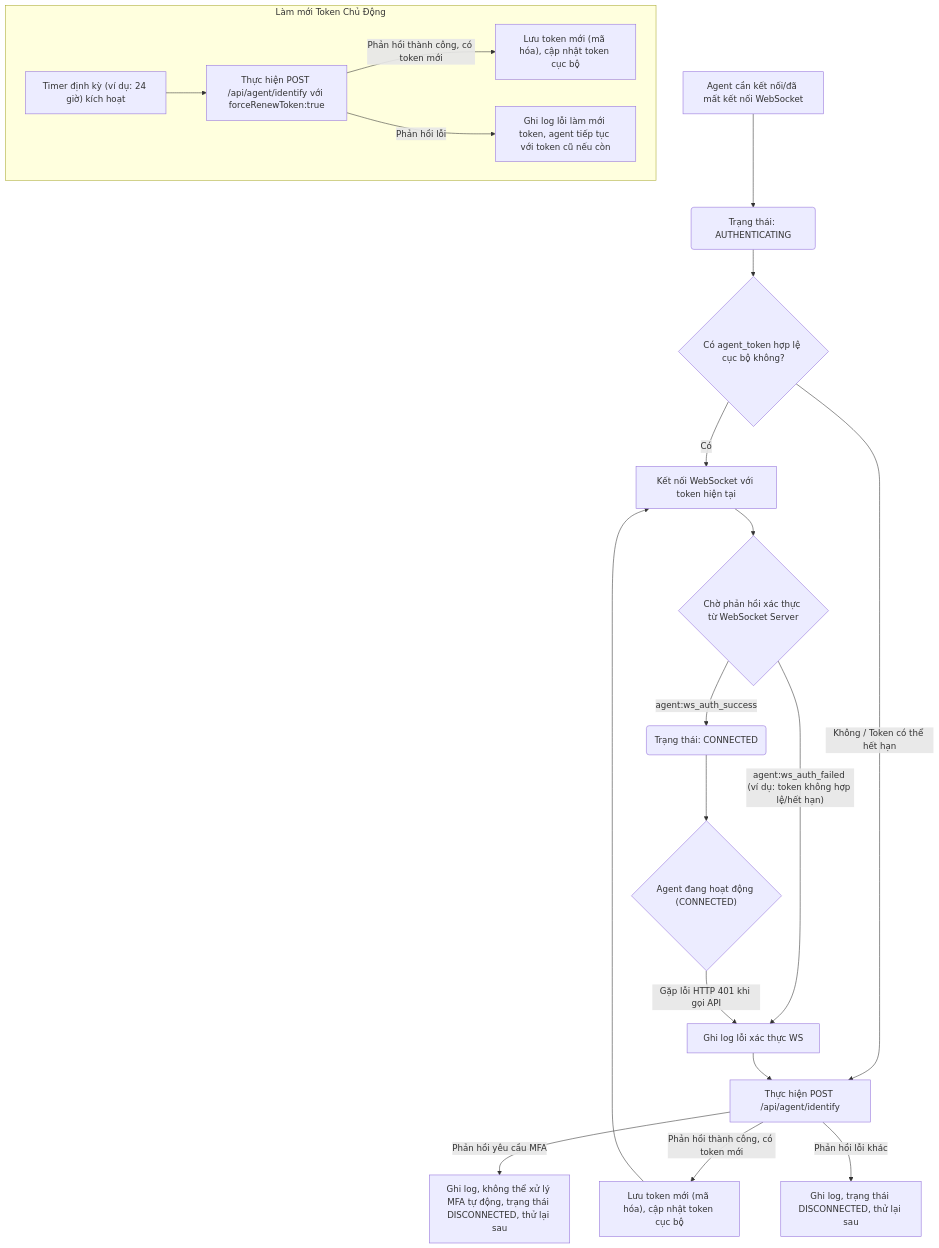
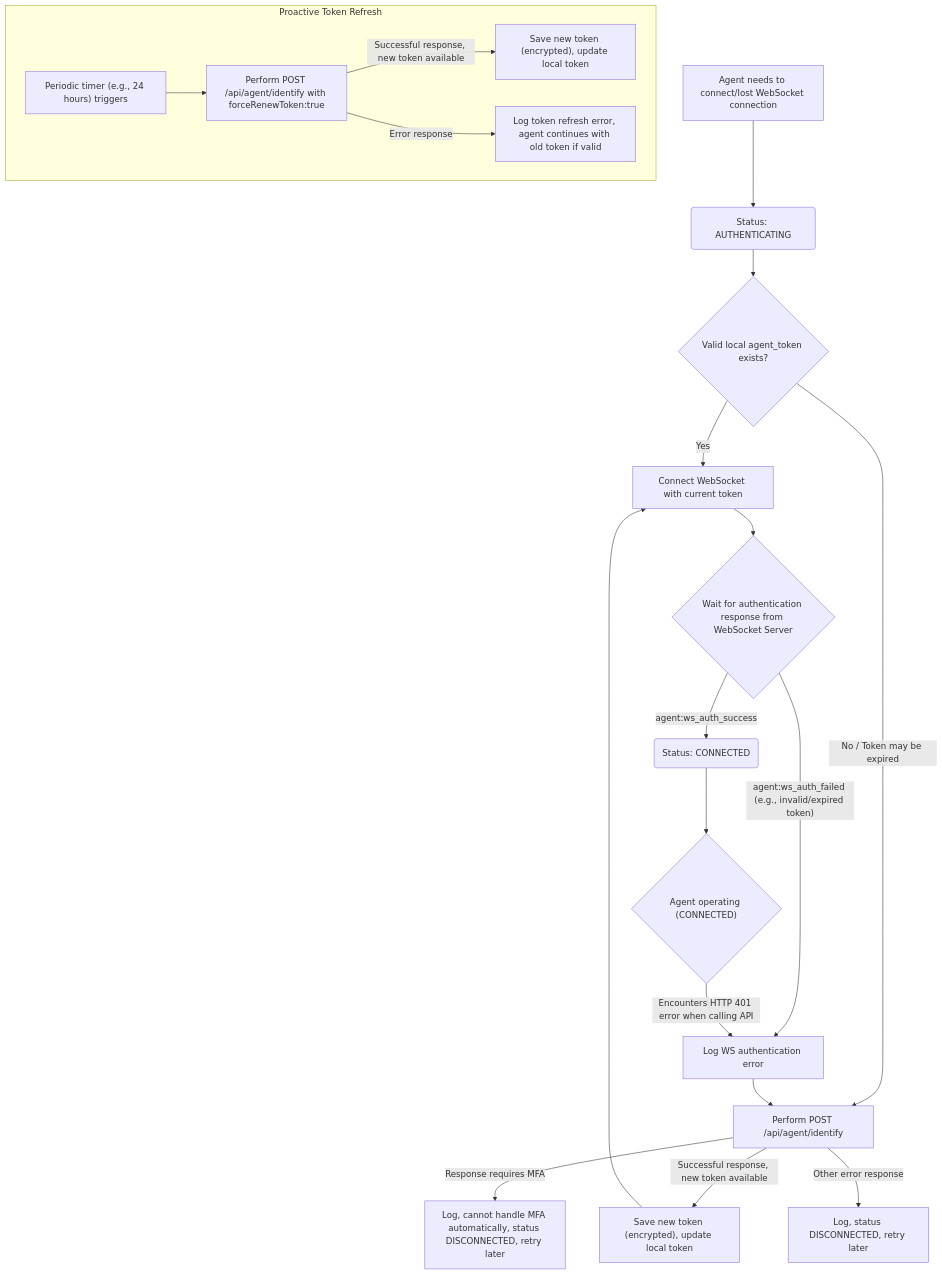
One commit to LoGGGG2402/computer-management-system changed the fifth of 5 diagrams in agent/docs/Flow.md. Above: the diagram before and after it, drawn with Mermaid. The commit also changed other lines of this file and 57 other files, not shown here.

````diff
--- a/agent/docs/Flow.md
+++ b/agent/docs/Flow.md
@@ -186,25 +186,25 @@
 ```mermaid
 graph TD
-    A["Agent cần kết nối/đã mất kết nối WebSocket"] --> B("Trạng thái: AUTHENTICATING");
-    B --> C{"Có agent_token hợp lệ cục bộ không?"};
-    C -- "Có" --> D["Kết nối WebSocket với token hiện tại"];
-    C -- "Không / Token có thể hết hạn" --> E["Thực hiện POST /api/agent/identify"];
-    E -- "Phản hồi thành công, có token mới" --> F["Lưu token mới (mã hóa), cập nhật token cục bộ"];
+    A["Agent needs to connect/lost WebSocket connection"] --> B("Status: AUTHENTICATING");
+    B --> C{"Valid local agent_token exists?"};
+    C -- "Yes" --> D["Connect WebSocket with current token"];
+    C -- "No / Token may be expired" --> E["Perform POST /api/agent/identify"];
+    E -- "Successful response, new token available" --> F["Save new token (encrypted), update local token"];
     F --> D;
-    E -- "Phản hồi yêu cầu MFA" --> FA["Ghi log, không thể xử lý MFA tự động, trạng thái DISCONNECTED, thử lại sau"];
-    E -- "Phản hồi lỗi khác" --> FB["Ghi log, trạng thái DISCONNECTED, thử lại sau"];
+    E -- "Response requires MFA" --> FA["Log, cannot handle MFA automatically, status DISCONNECTED, retry later"];
+    E -- "Other error response" --> FB["Log, status DISCONNECTED, retry later"];
 
-    D --> G{"Chờ phản hồi xác thực từ WebSocket Server"};
-    G -- "agent:ws_auth_success" --> H("Trạng thái: CONNECTED");
-    G -- "agent:ws_auth_failed (ví dụ: token không hợp lệ/hết hạn)" --> I["Ghi log lỗi xác thực WS"];
+    D --> G{"Wait for authentication response from WebSocket Server"};
+    G -- "agent:ws_auth_success" --> H("Status: CONNECTED");
+    G -- "agent:ws_auth_failed (e.g., invalid/expired token)" --> I["Log WS authentication error"];
     I --> E;
 
-    subgraph Làm mới Token Chủ Động
-        J["Timer định kỳ (ví dụ: 24 giờ) kích hoạt"] --> K["Thực hiện POST /api/agent/identify với forceRenewToken:true"];
-        K -- "Phản hồi thành công, có token mới" --> L["Lưu token mới (mã hóa), cập nhật token cục bộ"];
-        K -- "Phản hồi lỗi" --> M["Ghi log lỗi làm mới token, agent tiếp tục với token cũ nếu còn"];
+    subgraph Proactive Token Refresh
+        J["Periodic timer (e.g., 24 hours) triggers"] --> K["Perform POST /api/agent/identify with forceRenewToken:true"];
+        K -- "Successful response, new token available" --> L["Save new token (encrypted), update local token"];
+        K -- "Error response" --> M["Log token refresh error, agent continues with old token if valid"];
     end
 
-    H --> N{"Agent đang hoạt động (CONNECTED)"};
-    N -- "Gặp lỗi HTTP 401 khi gọi API" --> I;
+    H --> N{"Agent operating (CONNECTED)"};
+    N -- "Encounters HTTP 401 error when calling API" --> I;
 ```
````
